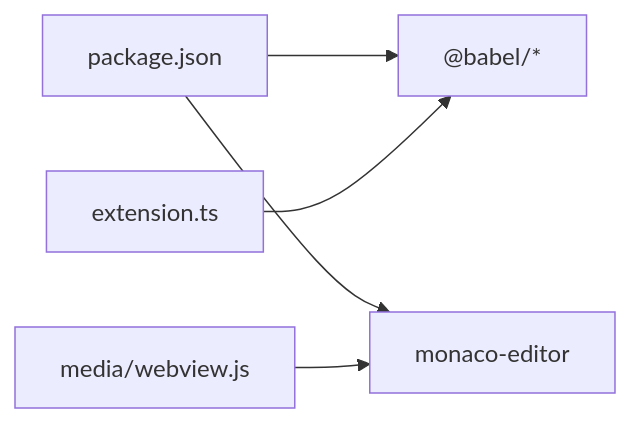
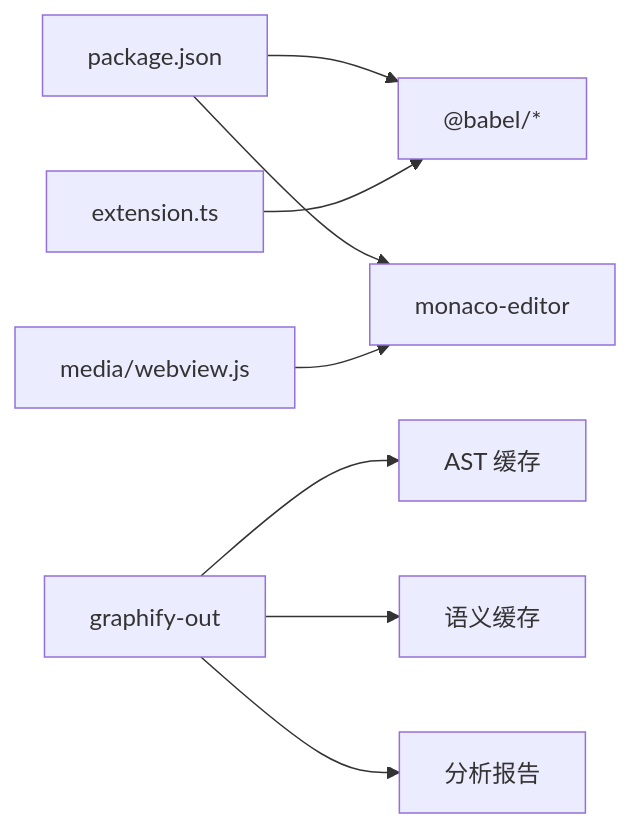
The eighth of 8 diagrams in .qoder/repowiki/zh/content/高级功能特性/高级功能特性.md (meiok1/wysjson), drawn with Mermaid before and after one commit. The commit also changed other lines of this file and 58 other files, not shown here.

````diff
--- a/.qoder/repowiki/zh/content/高级功能特性/高级功能特性.md
+++ b/.qoder/repowiki/zh/content/高级功能特性/高级功能特性.md
@@ -282,7 +360,10 @@
 ```mermaid
 graph LR
 PKG["package.json"] --> BABEL["@babel/*"]
 PKG --> MONACO["monaco-editor"]
 EXT["extension.ts"] --> BABEL
 WV["media/webview.js"] --> MONACO
+GRAPH["graphify-out"] --> AST_CACHE["AST 缓存"]
+GRAPH --> SEMANTIC_CACHE["语义缓存"]
+GRAPH --> REPORT["分析报告"]
 ```
````
